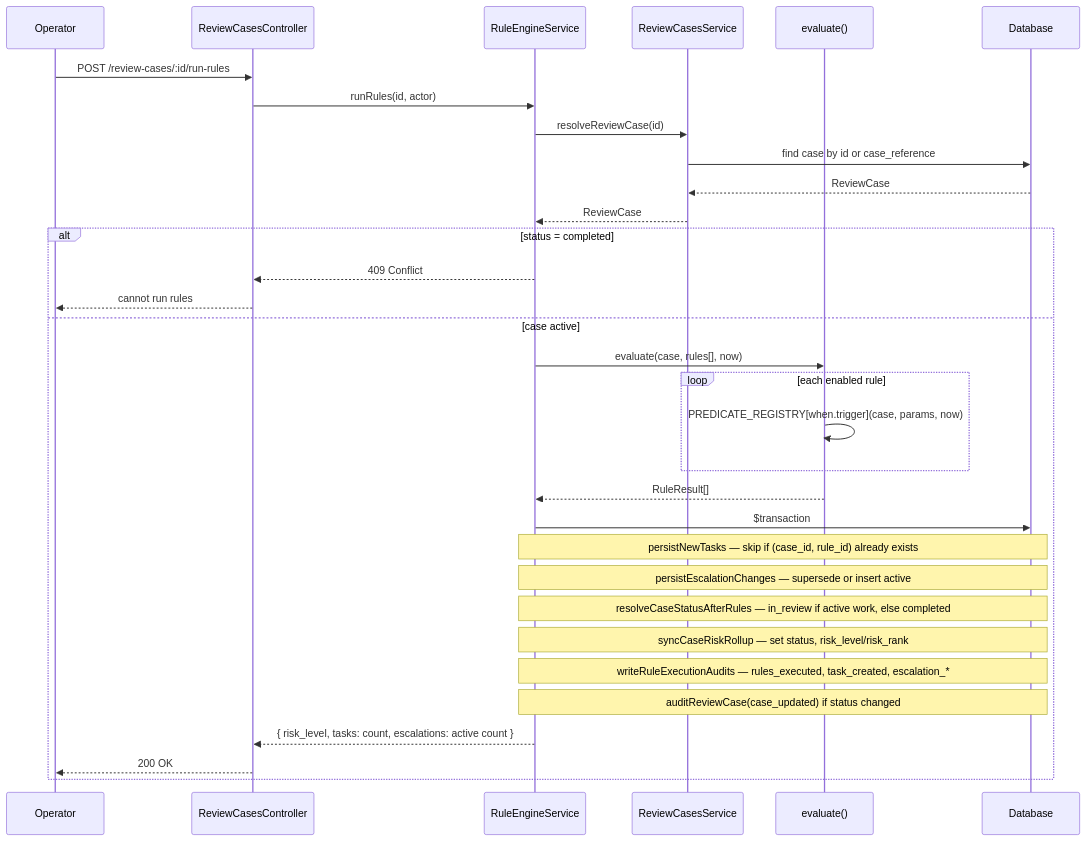
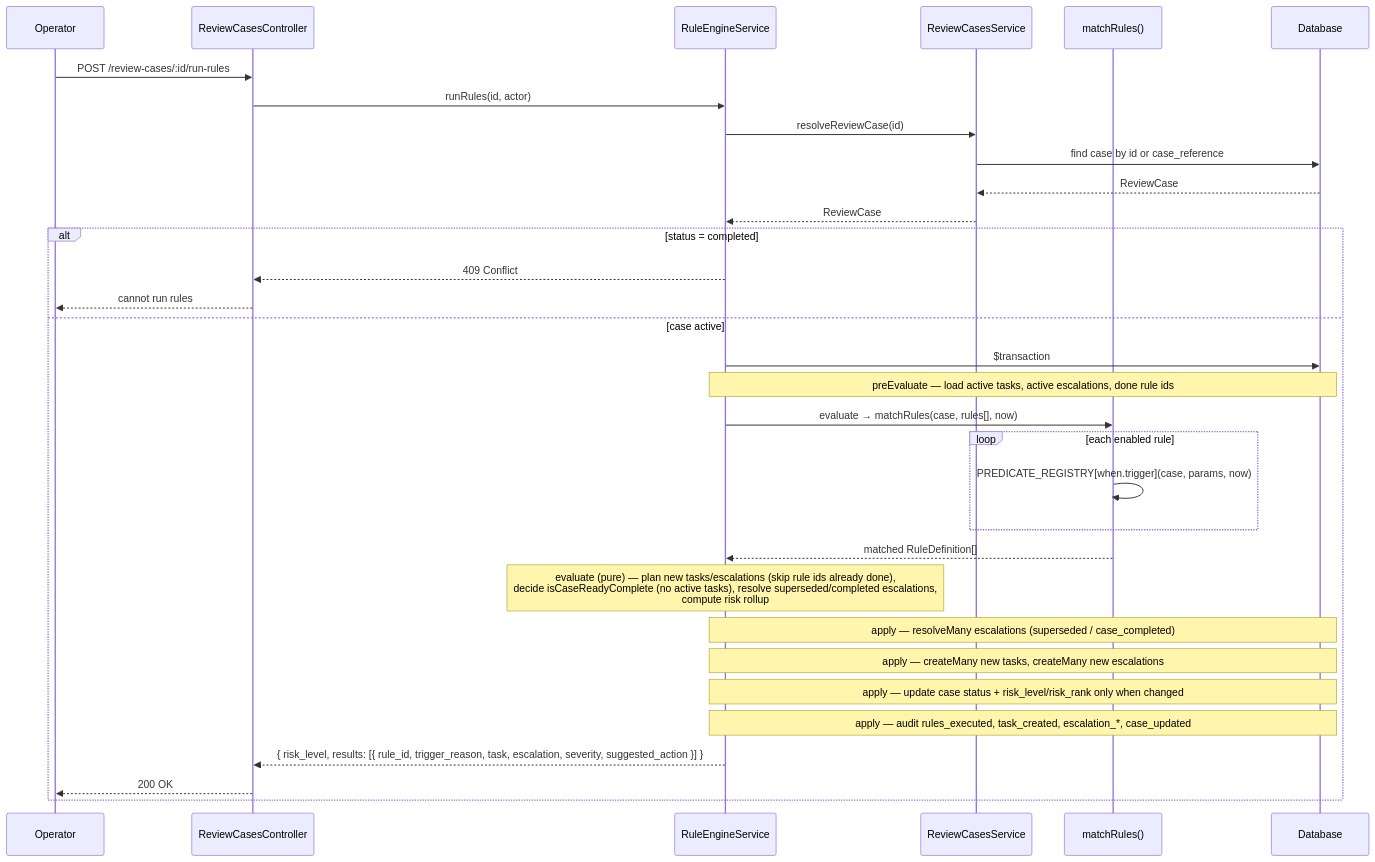
The third of 9 diagrams in xdocs/SYSTEM_DESIGN.md (quanledinhvn/trade_review), drawn with Mermaid before and after one commit. The commit also changed other lines of this file and 36 other files, not shown here.

````diff
--- a/xdocs/SYSTEM_DESIGN.md
+++ b/xdocs/SYSTEM_DESIGN.md
@@ -192,35 +192,35 @@
 ```mermaid
 sequenceDiagram
     participant Op as Operator
     participant Ctrl as ReviewCasesController
     participant Svc as RuleEngineService
     participant CaseSvc as ReviewCasesService
-    participant Dom as evaluate()
+    participant Dom as matchRules()
     participant DB as Database
 
     Op->>Ctrl: POST /review-cases/:id/run-rules
     Ctrl->>Svc: runRules(id, actor)
     Svc->>CaseSvc: resolveReviewCase(id)
     CaseSvc->>DB: find case by id or case_reference
     DB-->>CaseSvc: ReviewCase
     CaseSvc-->>Svc: ReviewCase
     alt status = completed
         Svc-->>Ctrl: 409 Conflict
         Ctrl-->>Op: cannot run rules
     else case active
-        Svc->>Dom: evaluate(case, rules[], now)
+        Svc->>DB: $transaction
+        Note over Svc,DB: preEvaluate — load active tasks, active escalations, done rule ids
+        Svc->>Dom: evaluate → matchRules(case, rules[], now)
         loop each enabled rule
             Dom->>Dom: PREDICATE_REGISTRY[when.trigger](case, params, now)
         end
-        Dom-->>Svc: RuleResult[]
-        Svc->>DB: $transaction
-        Note over Svc,DB: persistNewTasks — skip if (case_id, rule_id) already exists
-        Note over Svc,DB: persistEscalationChanges — supersede or insert active
-        Note over Svc,DB: resolveCaseStatusAfterRules — in_review if active work, else completed
-        Note over Svc,DB: syncCaseRiskRollup — set status, risk_level/risk_rank
-        Note over Svc,DB: writeRuleExecutionAudits — rules_executed, task_created, escalation_*
-        Note over Svc,DB: auditReviewCase(case_updated) if status changed
-        Svc-->>Ctrl: { risk_level, tasks: count, escalations: active count }
+        Dom-->>Svc: matched RuleDefinition[]
+        Note over Svc: evaluate (pure) — plan new tasks/escalations (skip rule ids already done),<br/>decide isCaseReadyComplete (no active tasks), resolve superseded/completed escalations,<br/>compute risk rollup
+        Note over Svc,DB: apply — resolveMany escalations (superseded / case_completed)
+        Note over Svc,DB: apply — createMany new tasks, createMany new escalations
+        Note over Svc,DB: apply — update case status + risk_level/risk_rank only when changed
+        Note over Svc,DB: apply — audit rules_executed, task_created, escalation_*, case_updated
+        Svc-->>Ctrl: { risk_level, results: [{ rule_id, trigger_reason, task, escalation, severity, suggested_action }] }
         Ctrl-->>Op: 200 OK
     end
 ```
````
